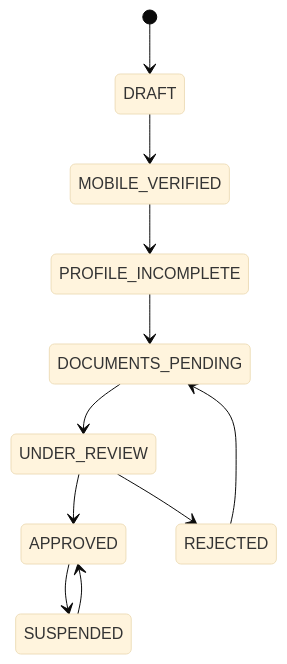
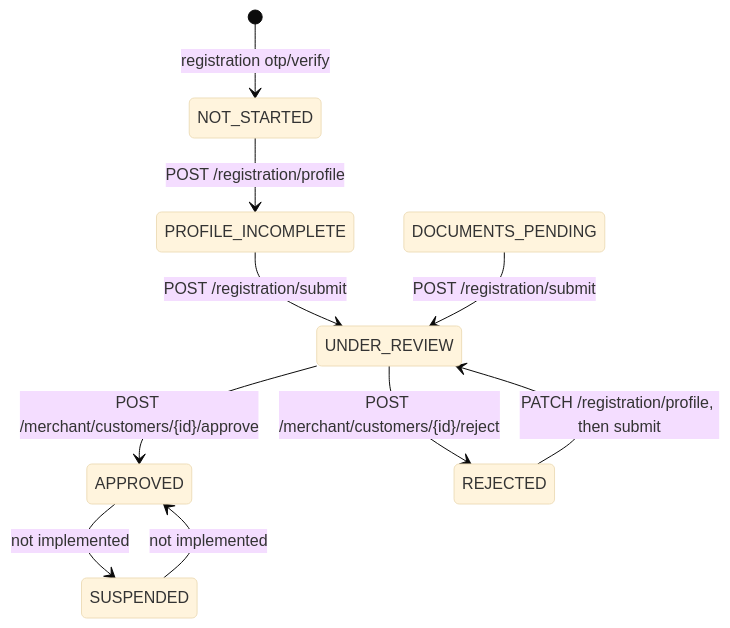
Before and after one commit to Gaurav-X-dev/mbga-backend: the diagram in backend/docs/customer-registration.md, drawn with Mermaid (base theme). The commit also changed other lines of this file and 215 other files, not shown here.

````diff
--- a/backend/docs/customer-registration.md
+++ b/backend/docs/customer-registration.md
@@ -5,13 +7,12 @@
 ```mermaid
 stateDiagram-v2
-  [*] --> DRAFT
-  DRAFT --> MOBILE_VERIFIED
-  MOBILE_VERIFIED --> PROFILE_INCOMPLETE
-  PROFILE_INCOMPLETE --> DOCUMENTS_PENDING
-  DOCUMENTS_PENDING --> UNDER_REVIEW
-  UNDER_REVIEW --> APPROVED
-  UNDER_REVIEW --> REJECTED
-  REJECTED --> DOCUMENTS_PENDING
-  APPROVED --> SUSPENDED
-  SUSPENDED --> APPROVED
+  [*] --> NOT_STARTED: registration otp/verify
+  NOT_STARTED --> PROFILE_INCOMPLETE: POST /registration/profile
+  PROFILE_INCOMPLETE --> UNDER_REVIEW: POST /registration/submit
+  DOCUMENTS_PENDING --> UNDER_REVIEW: POST /registration/submit
+  UNDER_REVIEW --> APPROVED: POST /merchant/customers/{id}/approve
+  UNDER_REVIEW --> REJECTED: POST /merchant/customers/{id}/reject
+  REJECTED --> UNDER_REVIEW: PATCH /registration/profile, then submit
+  APPROVED --> SUSPENDED: not implemented
+  SUSPENDED --> APPROVED: not implemented
 ```
````
